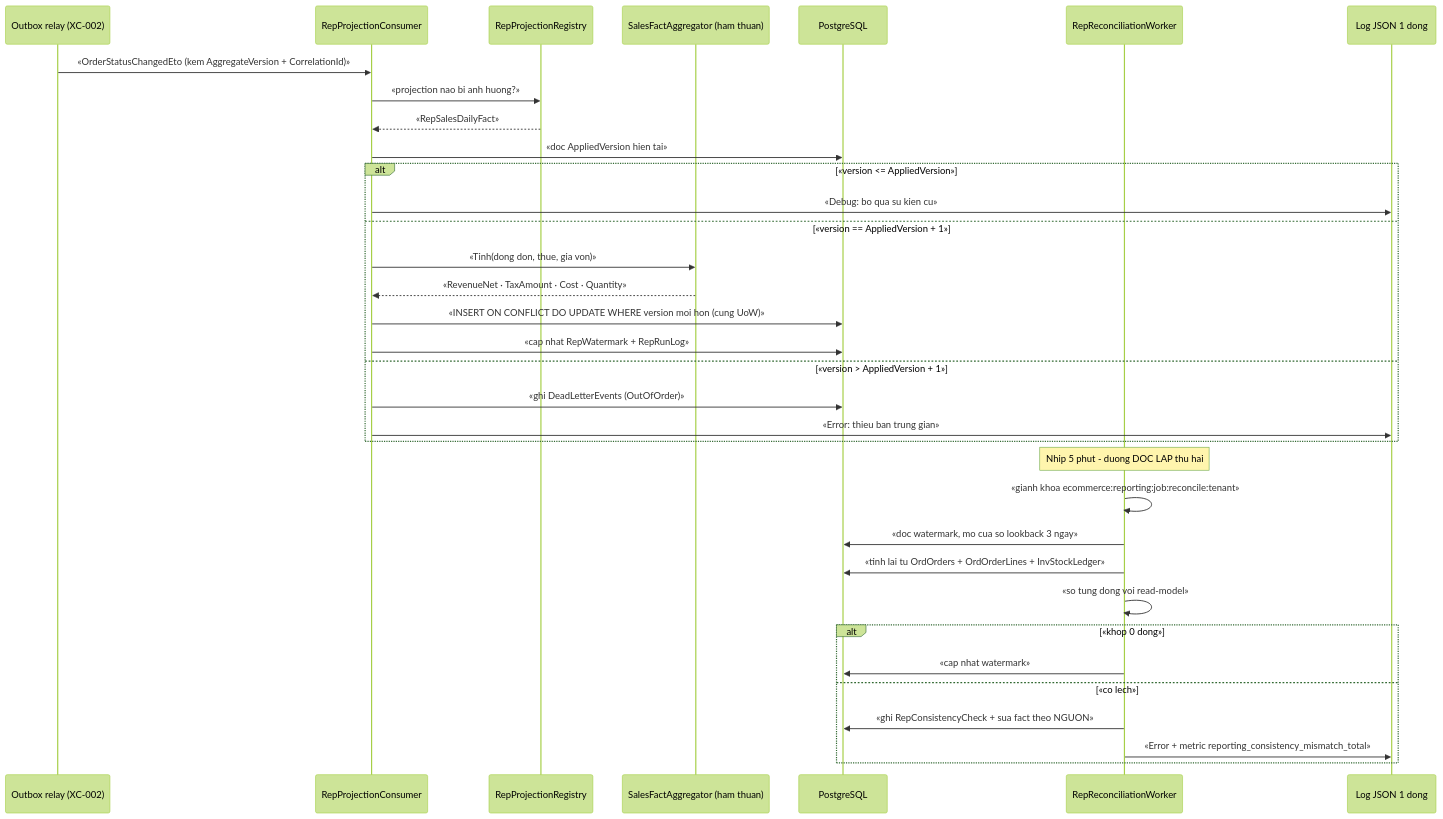
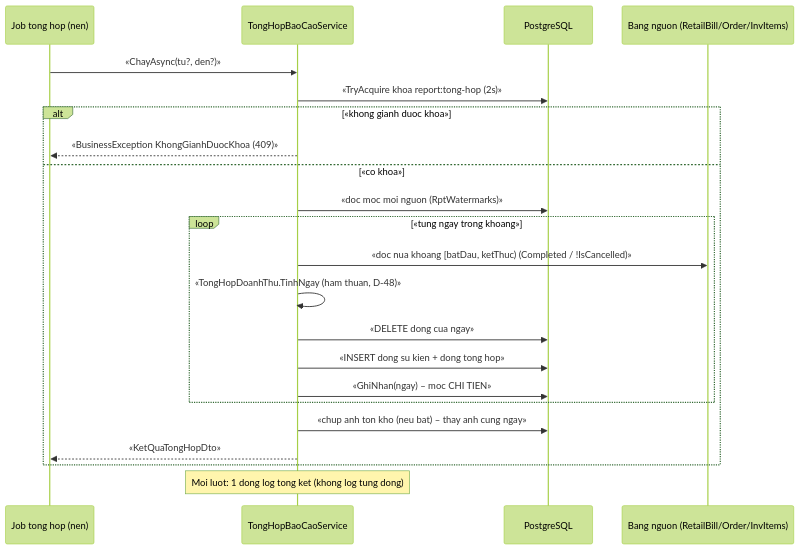
Before and after one commit to hungnt9801/eCommerce: the fifth of 7 diagrams in docs/features/reporting/rep-001-read-model-job-tong-hop.md, drawn with Mermaid (forest theme). The commit also changed other lines of this file and 9 other files, not shown here.

````diff
--- a/docs/features/reporting/rep-001-read-model-job-tong-hop.md
+++ b/docs/features/reporting/rep-001-read-model-job-tong-hop.md
@@ -249,38 +246,25 @@
 ```mermaid
 sequenceDiagram
-    participant BUS as Outbox relay (XC-002)
-    participant CON as RepProjectionConsumer
-    participant REG as RepProjectionRegistry
-    participant AGG as SalesFactAggregator (ham thuan)
+    participant JOB as Job tong hop (nen)
+    participant SVC as TongHopBaoCaoService
     participant DB as PostgreSQL
-    participant JOB as RepReconciliationWorker
-    participant LOG as Log JSON 1 dong
+    participant NGUON as Bang nguon (RetailBill/Order/InvItems)
 
-    BUS->>CON: «OrderStatusChangedEto (kem AggregateVersion + CorrelationId)»
-    CON->>REG: «projection nao bi anh huong?»
-    REG-->>CON: «RepSalesDailyFact»
-    CON->>DB: «doc AppliedVersion hien tai»
-    alt «version <= AppliedVersion»
-        CON->>LOG: «Debug: bo qua su kien cu»
-    else «version == AppliedVersion + 1»
-        CON->>AGG: «Tinh(dong don, thue, gia von)»
-        AGG-->>CON: «RevenueNet · TaxAmount · Cost · Quantity»
-        CON->>DB: «INSERT ON CONFLICT DO UPDATE WHERE version moi hon (cung UoW)»
-        CON->>DB: «cap nhat RepWatermark + RepRunLog»
-    else «version > AppliedVersion + 1»
-        CON->>DB: «ghi DeadLetterEvents (OutOfOrder)»
-        CON->>LOG: «Error: thieu ban trung gian»
+    JOB->>SVC: «ChayAsync(tu?, den?)»
+    SVC->>DB: «TryAcquire khoa report:tong-hop (2s)»
+    alt «khong gianh duoc khoa»
+        SVC-->>JOB: «BusinessException KhongGianhDuocKhoa (409)»
+    else «co khoa»
+        SVC->>DB: «doc moc moi nguon (RptWatermarks)»
+        loop «tung ngay trong khoang»
+            SVC->>NGUON: «doc nua khoang [batDau, ketThuc) (Completed / !IsCancelled)»
+            SVC->>SVC: «TongHopDoanhThu.TinhNgay (ham thuan, D-48)»
+            SVC->>DB: «DELETE dong cua ngay»
+            SVC->>DB: «INSERT dong su kien + dong tong hop»
+            SVC->>DB: «GhiNhan(ngay) – moc CHI TIEN»
+        end
+        SVC->>DB: «chup anh ton kho (neu bat) – thay anh cung ngay»
+        SVC-->>JOB: «KetQuaTongHopDto»
     end
-
-    Note over JOB: Nhip 5 phut - duong DOC LAP thu hai
-    JOB->>JOB: «gianh khoa ecommerce:reporting:job:reconcile:tenant»
-    JOB->>DB: «doc watermark, mo cua so lookback 3 ngay»
-    JOB->>DB: «tinh lai tu OrdOrders + OrdOrderLines + InvStockLedger»
-    JOB->>JOB: «so tung dong voi read-model»
-    alt «khop 0 dong»
-        JOB->>DB: «cap nhat watermark»
-    else «co lech»
-        JOB->>DB: «ghi RepConsistencyCheck + sua fact theo NGUON»
-        JOB->>LOG: «Error + metric reporting_consistency_mismatch_total»
-    end
+    Note over SVC: Moi luot: 1 dong log tong ket (khong log tung dong)
 ```
````
